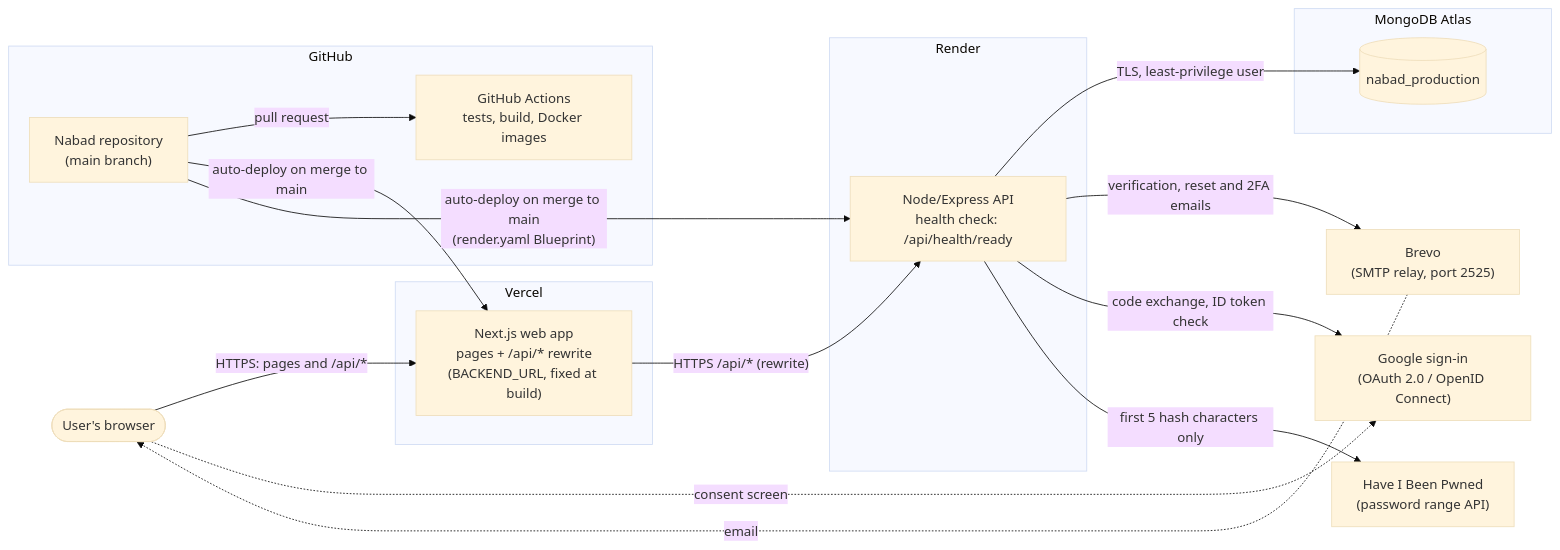
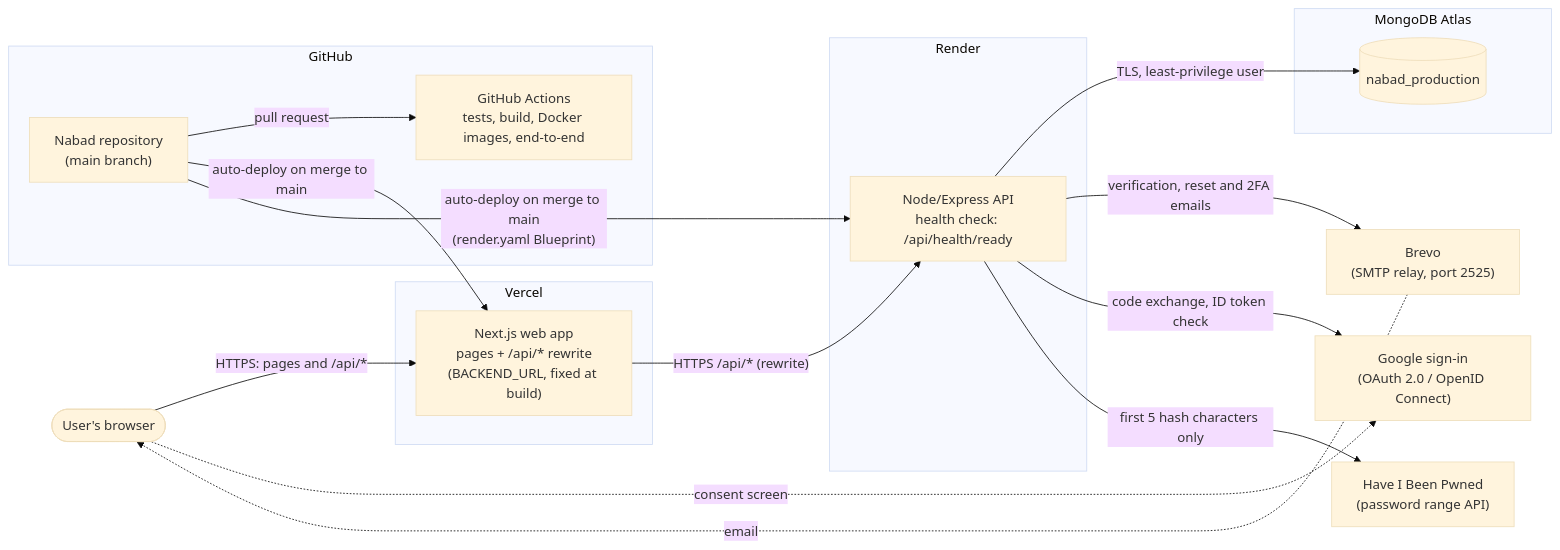
One commit to Nabad-team/Nabad changed the first of 3 diagrams in docs/architecture.md. Above: the diagram before and after it, drawn with Mermaid (base theme). The commit also changed other lines of this file and 7 other files, not shown here.

````diff
--- a/docs/architecture.md
+++ b/docs/architecture.md
@@ -11,38 +12,38 @@
 ```mermaid
 flowchart LR
     user(["User's browser"])
 
     subgraph vercel["Vercel"]
         next["Next.js web app<br/>pages + /api/* rewrite<br/>(BACKEND_URL, fixed at build)"]
     end
 
     subgraph render["Render"]
         api["Node/Express API<br/>health check: /api/health/ready"]
     end
 
     subgraph atlas["MongoDB Atlas"]
         db[("nabad_production")]
     end
 
     brevo["Brevo<br/>(SMTP relay, port 2525)"]
     google["Google sign-in<br/>(OAuth 2.0 / OpenID Connect)"]
     hibp["Have I Been Pwned<br/>(password range API)"]
 
     subgraph github["GitHub"]
         repo["Nabad repository<br/>(main branch)"]
-        ci["GitHub Actions<br/>tests, build, Docker images"]
+        ci["GitHub Actions<br/>tests, build, Docker images, end-to-end"]
     end
 
     user -- "HTTPS: pages and /api/*" --> next
     next -- "HTTPS /api/* (rewrite)" --> api
     api -- "TLS, least-privilege user" --> db
     api -- "verification, reset and 2FA emails" --> brevo
     brevo -. "email" .-> user
     user -. "consent screen" .-> google
     api -- "code exchange, ID token check" --> google
     api -- "first 5 hash characters only" --> hibp
 
     repo -- "pull request" --> ci
     repo -- "auto-deploy on merge to main" --> next
     repo -- "auto-deploy on merge to main<br/>(render.yaml Blueprint)" --> api
 ```
````
